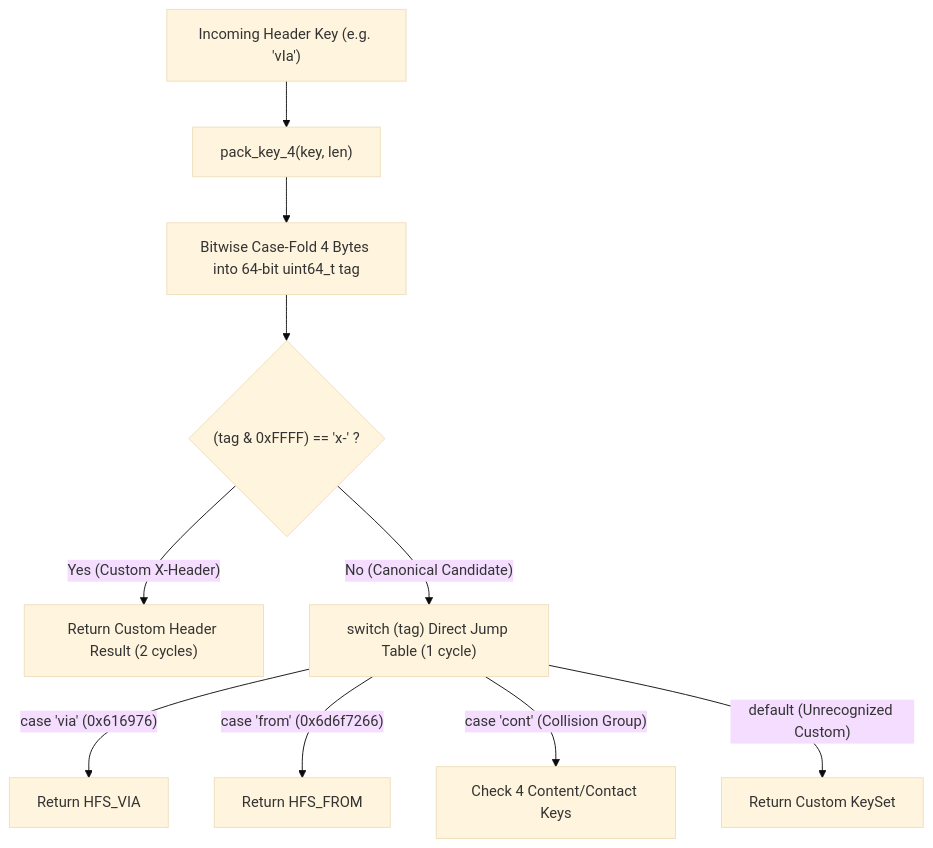
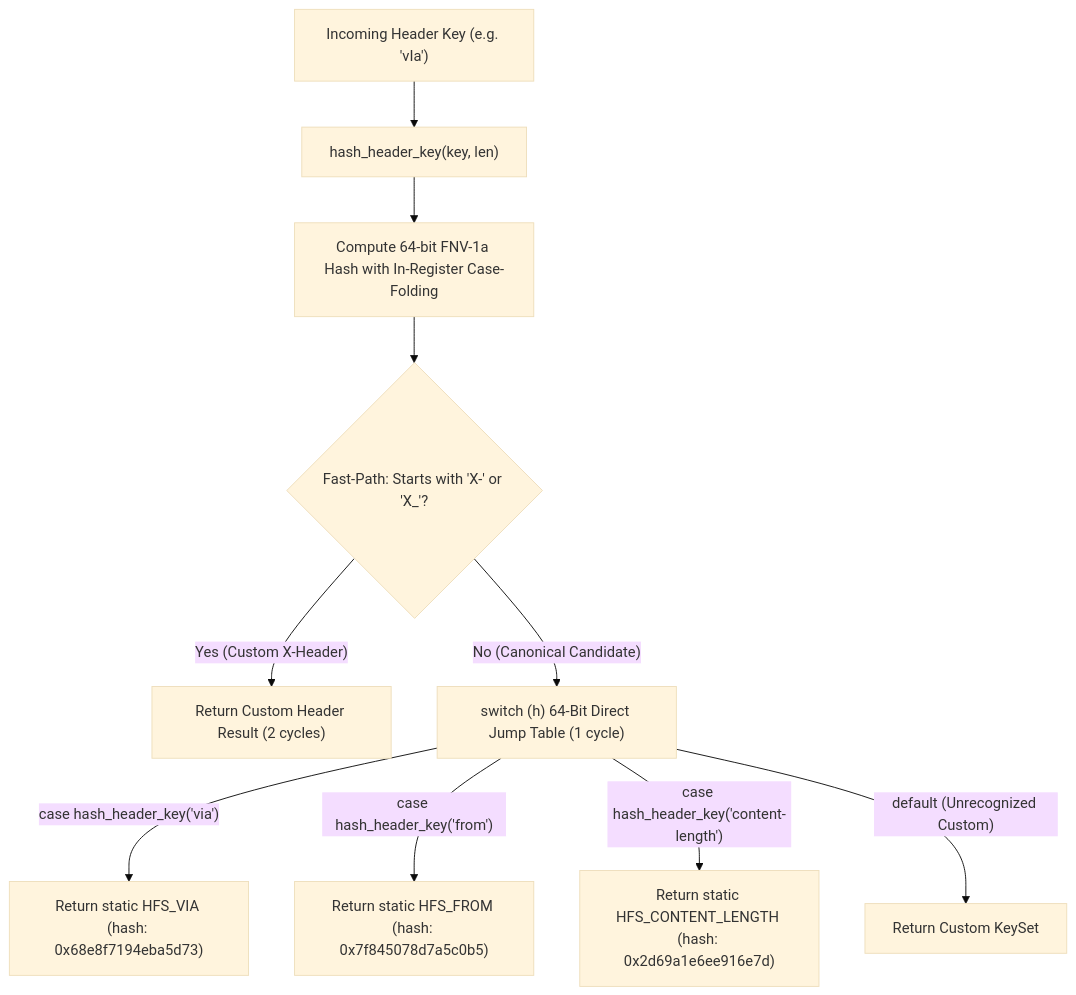
The diagram in docs/features/optimization_choices.md (SiddiqSoft/sip2json), drawn with Mermaid (base theme) before and after one commit. The commit also changed other lines of this file and 4 other files, not shown here.

Commit message:
perf(header_keys): implement precomputed 64-bit FNV-1a hash matching (+74.4% throughput vs v2.4.2) and update docs

````diff
--- a/docs/features/optimization_choices.md
+++ b/docs/features/optimization_choices.md
@@ -9,12 +9,12 @@
 ```mermaid
 flowchart TD
-    A["Incoming Header Key (e.g. 'vIa')"] --> B["pack_key_4(key, len)"]
-    B --> C["Bitwise Case-Fold 4 Bytes into 64-bit uint64_t tag"]
-    C --> D{"(tag & 0xFFFF) == 'x-' ?"}
+    A["Incoming Header Key (e.g. 'vIa')"] --> B["hash_header_key(key, len)"]
+    B --> C["Compute 64-bit FNV-1a Hash with In-Register Case-Folding"]
+    C --> D{"Fast-Path: Starts with 'X-' or 'X_'?"}
     D -- "Yes (Custom X-Header)" --> E["Return Custom Header Result (2 cycles)"]
-    D -- "No (Canonical Candidate)" --> F["switch (tag) Direct Jump Table (1 cycle)"]
-    F -- "case 'via' (0x616976)" --> G["Return HFS_VIA"]
-    F -- "case 'from' (0x6d6f7266)" --> H["Return HFS_FROM"]
-    F -- "case 'cont' (Collision Group)" --> I["Check 4 Content/Contact Keys"]
+    D -- "No (Canonical Candidate)" --> F["switch (h) 64-Bit Direct Jump Table (1 cycle)"]
+    F -- "case hash_header_key('via')" --> G["Return static HFS_VIA (hash: 0x68e8f7194eba5d73)"]
+    F -- "case hash_header_key('from')" --> H["Return static HFS_FROM (hash: 0x7f845078d7a5c0b5)"]
+    F -- "case hash_header_key('content-length')" --> I["Return static HFS_CONTENT_LENGTH (hash: 0x2d69a1e6ee916e7d)"]
     F -- "default (Unrecognized Custom)" --> J["Return Custom KeySet"]
 ```
````
